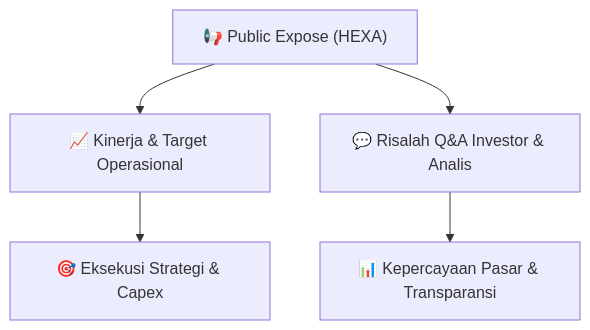
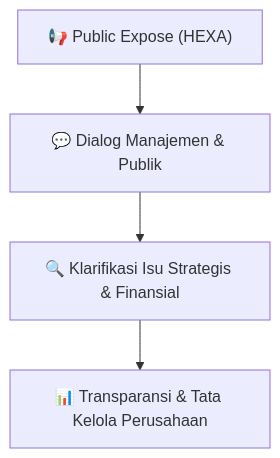
The diagram in reports/summaries/public-exposes/hasil-pubex/HEXA_Public_Expose_20260922.md (anYoneo/alphadigest-idx), drawn with Mermaid before and after one commit. The commit also changed other lines of this file and 526 other files, not shown here.

````diff
--- a/reports/summaries/public-exposes/hasil-pubex/HEXA_Public_Expose_20260922.md
+++ b/reports/summaries/public-exposes/hasil-pubex/HEXA_Public_Expose_20260922.md
@@ -15,7 +1574,6 @@
 ```mermaid
 flowchart TD
-    A["📢 Public Expose (HEXA)"] --> B["📈 Kinerja & Target Operasional"]
-    A --> C["💬 Risalah Q&A Investor & Analis"]
-    B --> D["🎯 Eksekusi Strategi & Capex"]
-    C --> E["📊 Kepercayaan Pasar & Transparansi"]
+    A["📢 Public Expose (HEXA)"] --> B["💬 Dialog Manajemen & Publik"]
+    B --> C["🔍 Klarifikasi Isu Strategis & Finansial"]
+    C --> D["📊 Transparansi & Tata Kelola Perusahaan"]
 ```
````
